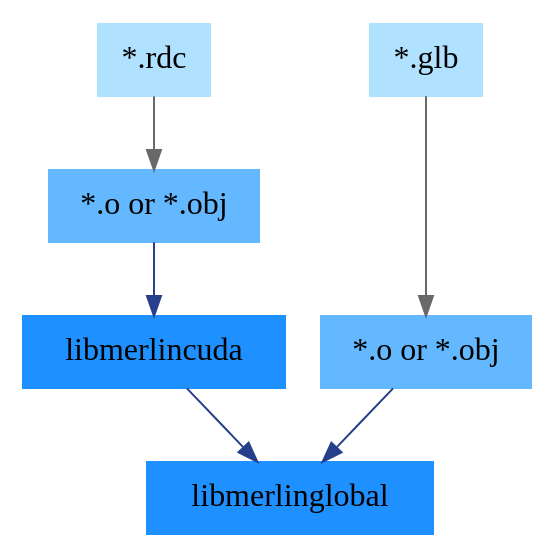
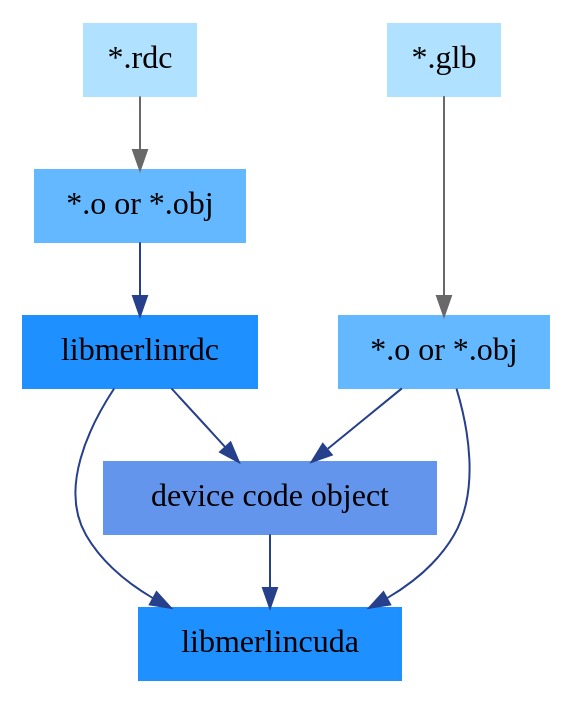
The diagram in docs/source/_img/cuda_comp.dot (quocdang1998/merlin), drawn with Graphviz before and after one commit. The commit also changed 194 other files, not shown here.

```diff
--- a/docs/source/_img/cuda_comp.dot
+++ b/docs/source/_img/cuda_comp.dot
@@ -1,24 +1,30 @@
+// html : 12/16
+// latex : 10/16
 digraph CudaCompilation {
     node [fontname="Fira Code SemiBold", fontsize="16", shape=record, style=filled, labelloc=c]
     subgraph SourceFiles {
         node [color=lightskyblue1, label="*.rdc"] rdc;
         node [color=lightskyblue1, label="*.glb"] glb;
         {rank=same; rdc; glb;}
     }
 
     subgraph Object {
         node [color=steelblue1, label="*.o or *.obj"] obj1;
         node [color=steelblue1, label="*.o or *.obj"] obj2;
+        node [color=cornflowerblue	, label="device code object"] device_code;
     }
 
     subgraph Lib {
+        node [color=dodgerblue, label="libmerlinrdc"] libmerlinrdc;
         node [color=dodgerblue, label="libmerlincuda"] libmerlincuda;
-        node [color=dodgerblue, label="libmerlinglobal"] libmerlinglobal;
     }
 
     rdc -> obj1 [color=dimgrey];
     glb -> obj2 [color=dimgrey];
-    obj1 -> libmerlincuda [color=royalblue4];
-    obj2 -> libmerlinglobal [color=royalblue4];
-    libmerlincuda -> libmerlinglobal [color=royalblue4];
+    obj1 -> libmerlinrdc [color=royalblue4];
+    libmerlinrdc -> device_code [color=royalblue4];
+    obj2 -> device_code [color=royalblue4];
+    libmerlinrdc -> libmerlincuda [color=royalblue4];
+    obj2 -> libmerlincuda [color=royalblue4];
+    device_code -> libmerlincuda [color=royalblue4];
 }
```
